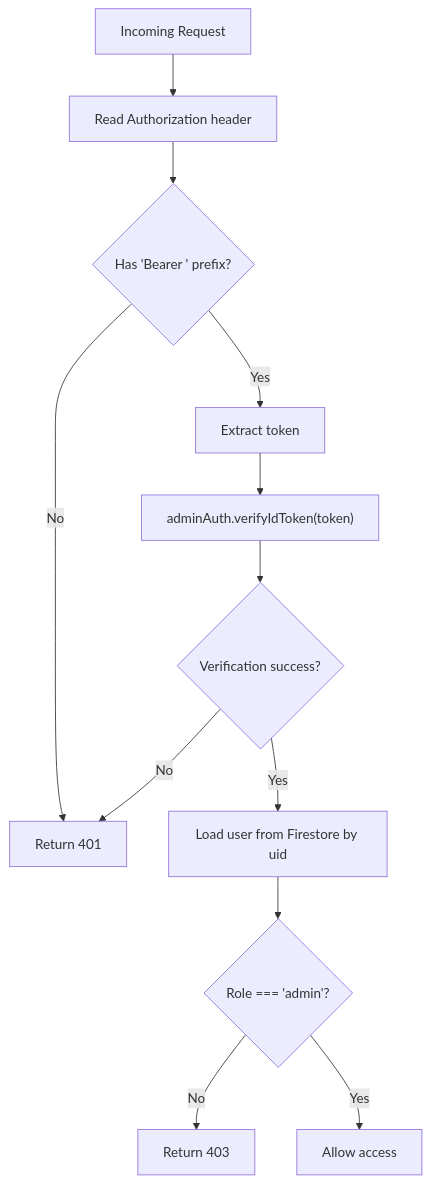
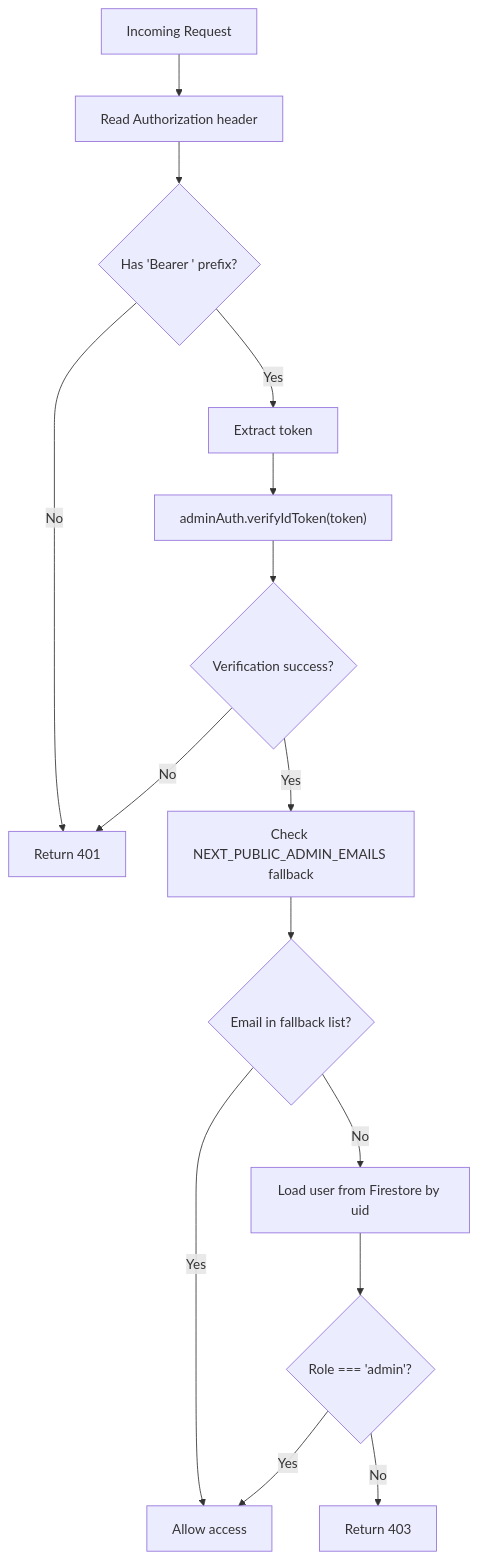
One commit to alikizang/datafrica changed the fourth of 5 diagrams in .qoder/repowiki/en/content/Authentication System/Authentication System.md. Above: the diagram before and after it, drawn with Mermaid. The commit also changed other lines of this file and 21 other files, not shown here.

````diff
--- a/.qoder/repowiki/en/content/Authentication System/Authentication System.md
+++ b/.qoder/repowiki/en/content/Authentication System/Authentication System.md
@@ -241,14 +441,17 @@
 ```mermaid
 flowchart TD
 Req["Incoming Request"] --> CheckHeader["Read Authorization header"]
 CheckHeader --> HasBearer{"Has 'Bearer ' prefix?"}
 HasBearer --> |No| Unauthorized["Return 401"]
 HasBearer --> |Yes| Extract["Extract token"]
 Extract --> Verify["adminAuth.verifyIdToken(token)"]
 Verify --> Verified{"Verification success?"}
 Verified --> |No| Unauthorized
-Verified --> |Yes| CheckRole["Load user from Firestore by uid"]
+Verified --> |Yes| CheckEnv["Check NEXT_PUBLIC_ADMIN_EMAILS fallback"]
+CheckEnv --> EnvMatch{"Email in fallback list?"}
+EnvMatch --> |Yes| Authorized["Allow access"]
+EnvMatch --> |No| CheckRole["Load user from Firestore by uid"]
 CheckRole --> IsAdmin{"Role === 'admin'?"}
 IsAdmin --> |No| Forbidden["Return 403"]
 IsAdmin --> |Yes| Authorized["Allow access"]
 ```
````
